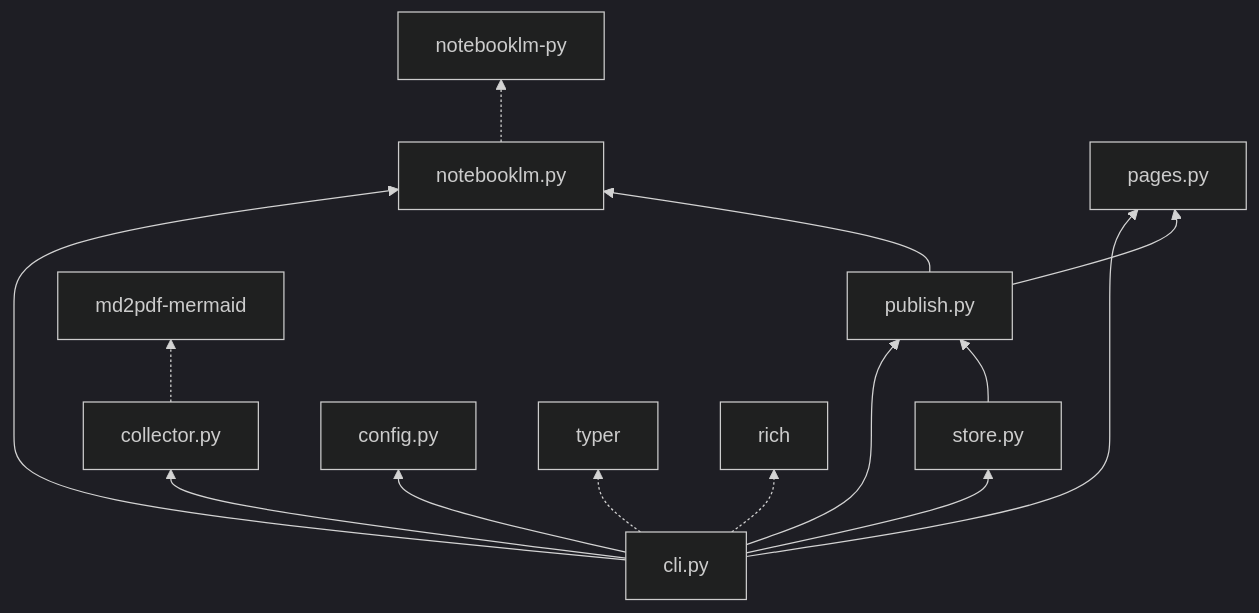
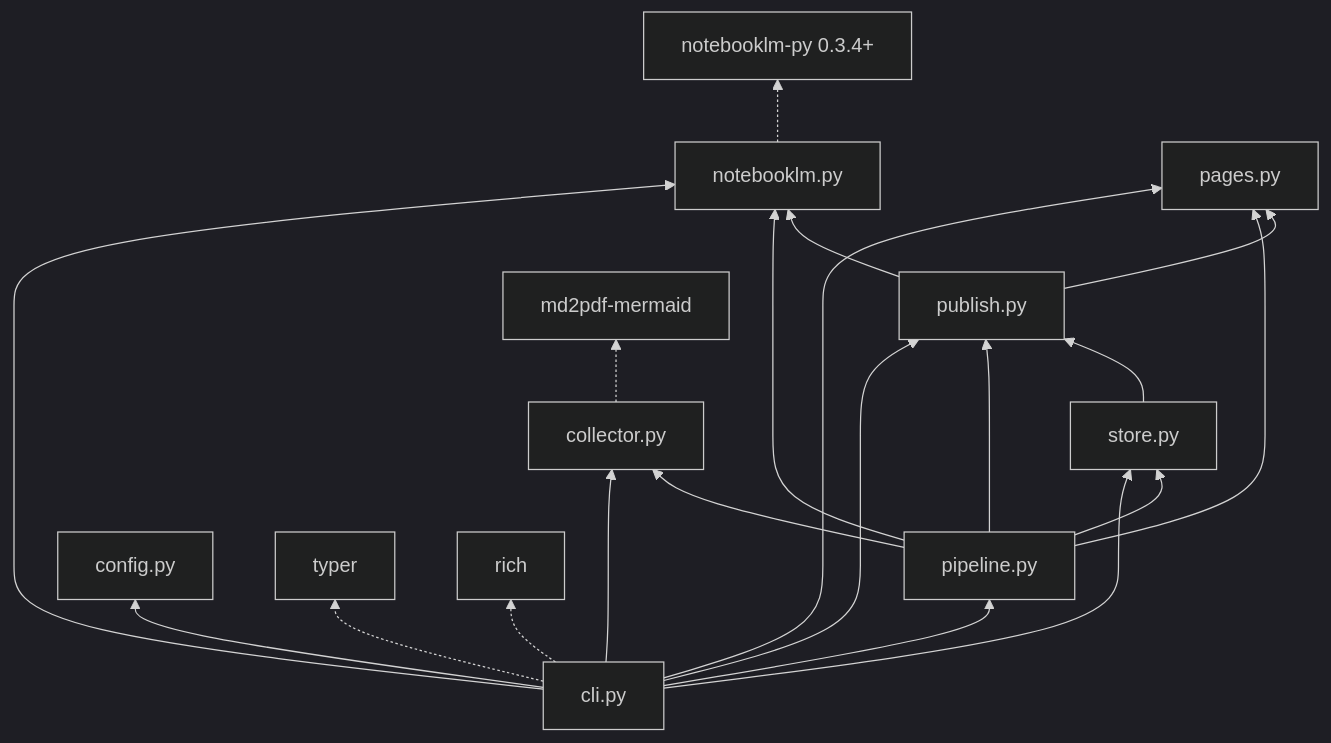
Before and after one commit to NetDevAutomate/notebooklm-repo-artefacts: the tenth of 10 diagrams in docs/codemap.md, drawn with Mermaid (dark theme). The commit also changed other lines of this file and 18 other files, not shown here.

First line of the commit message:
refactor: replace raw API parsing with upstream public APIs, wire CLI to stage-based pipeline

````diff
--- a/docs/codemap.md
+++ b/docs/codemap.md
@@ -216,17 +363,19 @@
 ```mermaid
 graph BT
-    CLI[cli.py] --> COL[collector.py]
+    CLI[cli.py] --> PL[pipeline.py]
+    CLI --> COL[collector.py]
     CLI --> NLM[notebooklm.py]
     CLI --> PG[pages.py]
     CLI --> PUB[publish.py]
     CLI --> ST[store.py]
     CLI --> CFG[config.py]
+    PL --> COL & NLM & PG & ST & PUB
     PUB --> NLM
     PUB --> PG
     ST --> PUB
 
-    NLM -.-> NLMPY[notebooklm-py]
+    NLM -.-> NLMPY[notebooklm-py 0.3.4+]
     COL -.-> MD2PDF[md2pdf-mermaid]
     CLI -.-> TYPER[typer]
     CLI -.-> RICH[rich]
 ```
````
